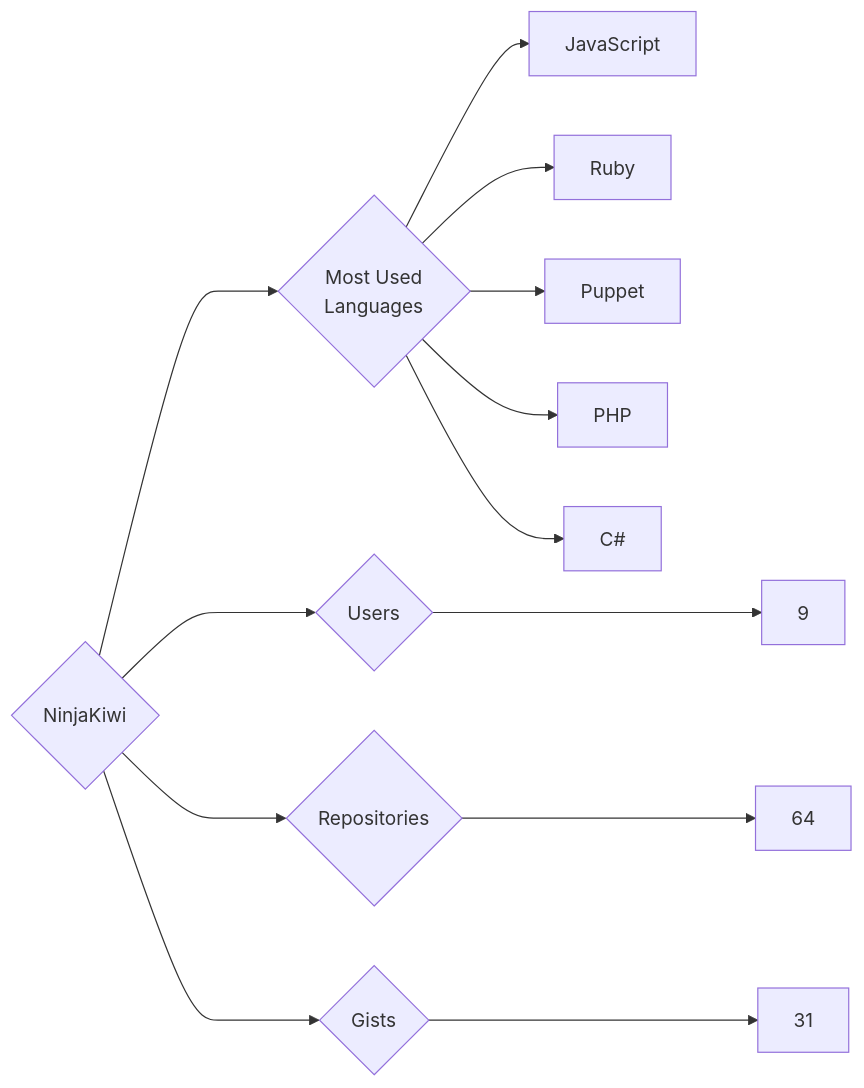
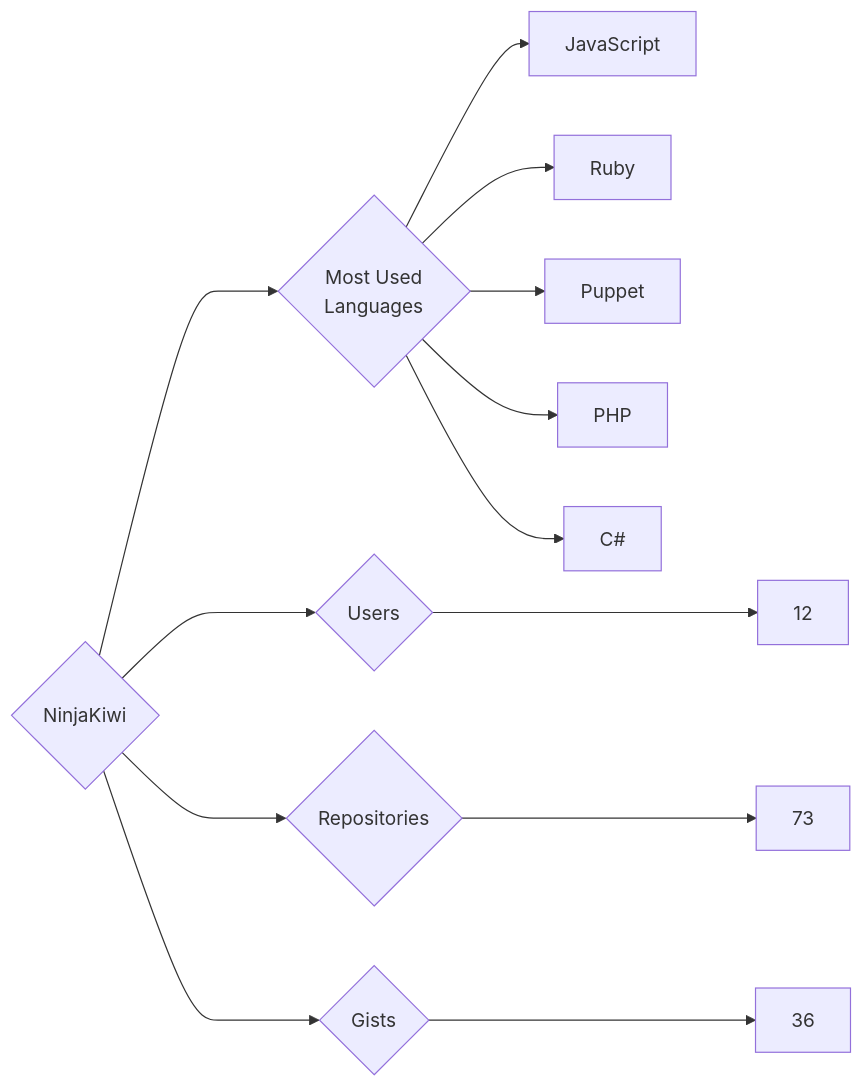
Before and after one commit to trickest/insiders: the diagram in targets/NinjaKiwi/README.md, drawn with Mermaid. The commit also changed 1389 other files, not shown here.

````diff
--- a/targets/NinjaKiwi/README.md
+++ b/targets/NinjaKiwi/README.md
@@ -3,13 +3,13 @@
 ```mermaid
 graph LR
 COMPANY_NAME{NinjaKiwi}
-COMPANY_NAME ---> U{Users} ---> UN[9]
-COMPANY_NAME ---> R{Repositories} ---> RN[64]
-COMPANY_NAME ---> G{Gists} ---> GN[31]
+COMPANY_NAME ---> U{Users} ---> UN[12]
+COMPANY_NAME ---> R{Repositories} ---> RN[73]
+COMPANY_NAME ---> G{Gists} ---> GN[36]
 COMPANY_NAME ---> ML{Most Used<br>Languages}
 ML --> JavaScript[JavaScript]
 ML --> Ruby[Ruby]
 ML --> Puppet[Puppet]
 ML --> PHP[PHP]
 ML --> C#[C#]
 ```
````
